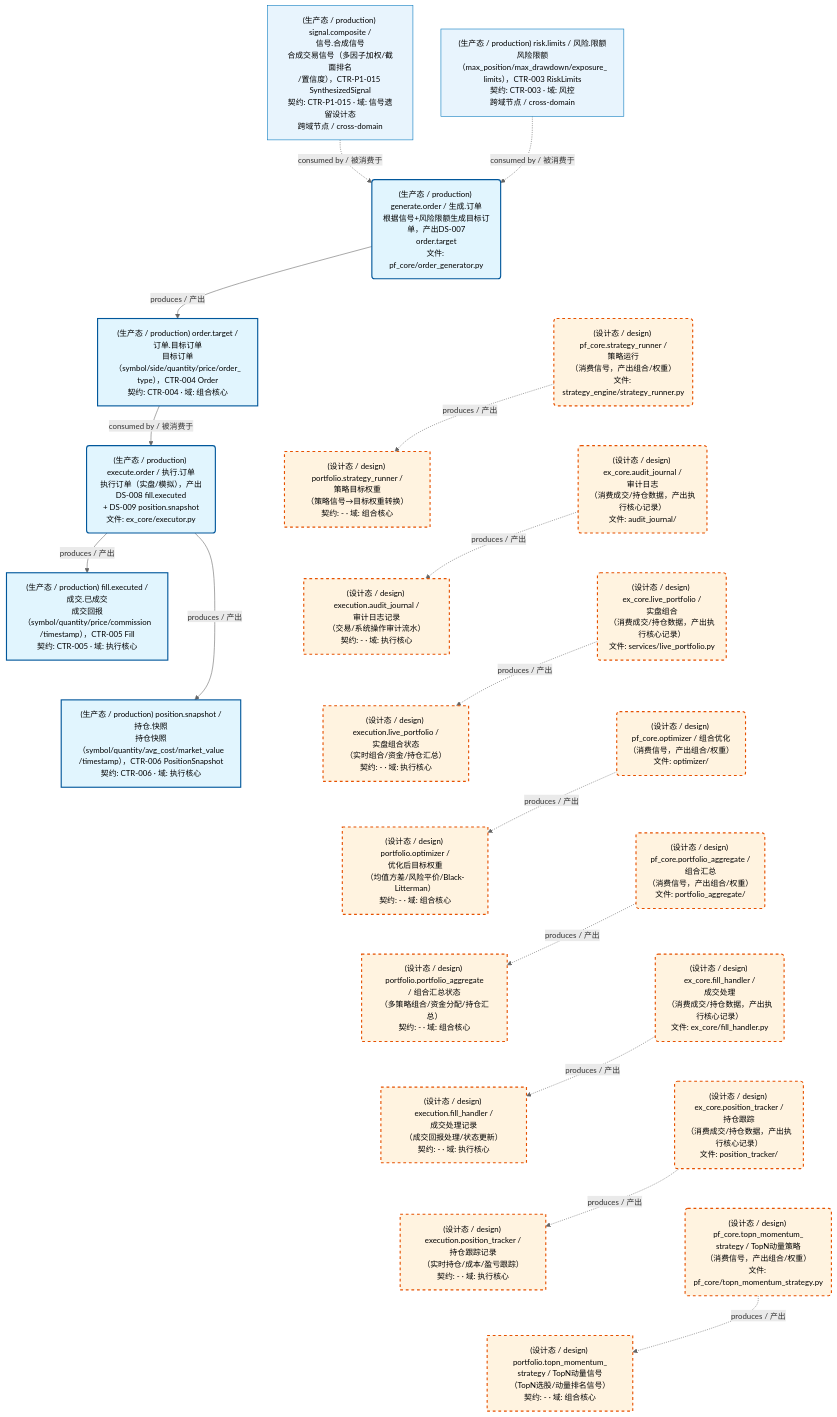
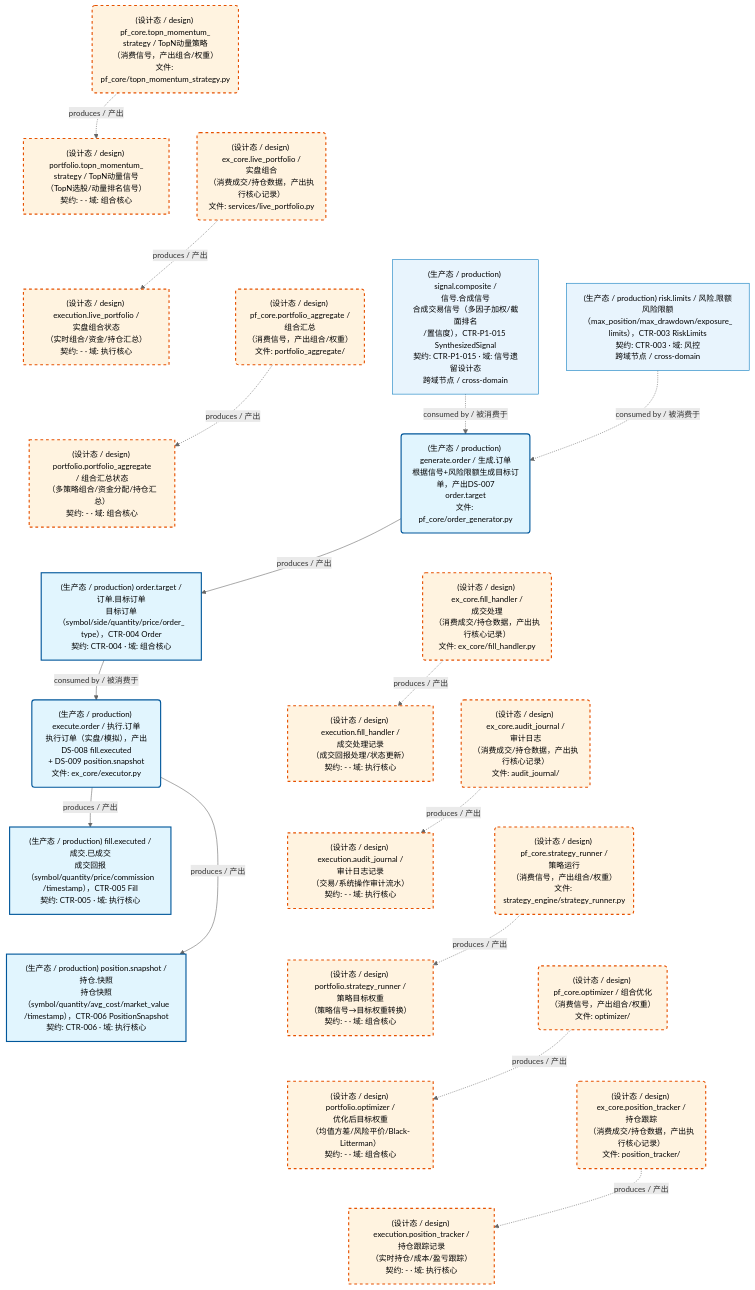
One commit to xuanFelixVan/ZephyrAlpha changed the first of 3 diagrams in docs/02_enterprise_architecture/05_dataflow_architecture/d_ex_pf_core.md. Above: the diagram before and after it, drawn with Mermaid. The commit also changed other lines of this file and 190 other files, not shown here.

````diff
--- a/docs/02_enterprise_architecture/05_dataflow_architecture/d_ex_pf_core.md
+++ b/docs/02_enterprise_architecture/05_dataflow_architecture/d_ex_pf_core.md
@@ -50,65 +50,65 @@
 ```mermaid
 %%{init: {'theme': 'base', 'themeVariables': {'primaryColor': '#eaeaea', 'primaryTextColor': '#333333', 'primaryBorderColor': '#666666', 'lineColor': '#666666', 'secondaryColor': '#eaeaea', 'tertiaryColor': '#eaeaea', 'clusterBkg': 'transparent', 'clusterBorder': 'transparent', 'fontSize': '14px'}}}%%
 flowchart TD
     DS11263["(设计态 / design) execution.audit_journal /<br/>审计日志记录<br/>（交易/系统操作审计流水）<br/>契约: - · 域: 执行核心"]
     DS11264["(设计态 / design) execution.fill_handler /<br/>成交处理记录<br/>（成交回报处理/状态更新）<br/>契约: - · 域: 执行核心"]
     DS11266["(设计态 / design) execution.live_portfolio /<br/>实盘组合状态<br/>（实时组合/资金/持仓汇总）<br/>契约: - · 域: 执行核心"]
     DS11265["(设计态 / design) execution.position_tracker /<br/>持仓跟踪记录<br/>（实时持仓/成本/盈亏跟踪）<br/>契约: - · 域: 执行核心"]
-    DS26330["(生产态 / production) fill.executed /<br/>成交.已成交<br/>成交回报（symbol/quantity/price/commission<br/>/timestamp），CTR-005 Fill<br/>契约: CTR-005 · 域: 执行核心"]
-    DS26329["(生产态 / production) order.target /<br/>订单.目标订单<br/>目标订单（symbol/side/quantity/price/order_<br/>type），CTR-004 Order<br/>契约: CTR-004 · 域: 组合核心"]
+    DS26862["(生产态 / production) fill.executed /<br/>成交.已成交<br/>成交回报（symbol/quantity/price/commission<br/>/timestamp），CTR-005 Fill<br/>契约: CTR-005 · 域: 执行核心"]
+    DS26861["(生产态 / production) order.target /<br/>订单.目标订单<br/>目标订单（symbol/side/quantity/price/order_<br/>type），CTR-004 Order<br/>契约: CTR-004 · 域: 组合核心"]
     DS11267["(设计态 / design) portfolio.optimizer /<br/>优化后目标权重<br/>（均值方差/风险平价/Black-Litterman）<br/>契约: - · 域: 组合核心"]
     DS11268["(设计态 / design) portfolio.portfolio_aggregate<br/>/ 组合汇总状态<br/>（多策略组合/资金分配/持仓汇总）<br/>契约: - · 域: 组合核心"]
     DS11269["(设计态 / design) portfolio.strategy_runner /<br/>策略目标权重<br/>（策略信号→目标权重转换）<br/>契约: - · 域: 组合核心"]
     DS11270["(设计态 / design) portfolio.topn_momentum_<br/>strategy / TopN动量信号<br/>（TopN选股/动量排名信号）<br/>契约: - · 域: 组合核心"]
-    DS26331["(生产态 / production) position.snapshot /<br/>持仓.快照<br/>持仓快照（symbol/quantity/avg_cost/market_value<br/>/timestamp），CTR-006 PositionSnapshot<br/>契约: CTR-006 · 域: 执行核心"]
+    DS26863["(生产态 / production) position.snapshot /<br/>持仓.快照<br/>持仓快照（symbol/quantity/avg_cost/market_value<br/>/timestamp），CTR-006 PositionSnapshot<br/>契约: CTR-006 · 域: 执行核心"]
     JOB757627("(设计态 / design) ex_core.audit_journal /<br/>审计日志<br/>（消费成交/持仓数据，产出执行核心记录）<br/>文件: audit_journal/")
     JOB757628("(设计态 / design) ex_core.fill_handler /<br/>成交处理<br/>（消费成交/持仓数据，产出执行核心记录）<br/>文件: ex_core/fill_handler.py")
     JOB757630("(设计态 / design) ex_core.live_portfolio /<br/>实盘组合<br/>（消费成交/持仓数据，产出执行核心记录）<br/>文件: services/live_portfolio.py")
     JOB757629("(设计态 / design) ex_core.position_tracker /<br/>持仓跟踪<br/>（消费成交/持仓数据，产出执行核心记录）<br/>文件: position_tracker/")
-    JOB1064882("(生产态 / production) execute.order / 执行.订单<br/>执行订单（实盘/模拟），产出DS-008 fill.executed<br/>+ DS-009 position.snapshot<br/>文件: ex_core/executor.py")
-    JOB1064881("(生产态 / production) generate.order / 生成.订单<br/>根据信号+风险限额生成目标订单，产出DS-007<br/>order.target<br/>文件: pf_core/order_generator.py")
+    JOB1071728("(生产态 / production) execute.order / 执行.订单<br/>执行订单（实盘/模拟），产出DS-008 fill.executed<br/>+ DS-009 position.snapshot<br/>文件: ex_core/executor.py")
+    JOB1071727("(生产态 / production) generate.order / 生成.订单<br/>根据信号+风险限额生成目标订单，产出DS-007<br/>order.target<br/>文件: pf_core/order_generator.py")
     JOB757631("(设计态 / design) pf_core.optimizer / 组合优化<br/>（消费信号，产出组合/权重）<br/>文件: optimizer/")
     JOB757632("(设计态 / design) pf_core.portfolio_aggregate /<br/>组合汇总<br/>（消费信号，产出组合/权重）<br/>文件: portfolio_aggregate/")
     JOB757633("(设计态 / design) pf_core.strategy_runner /<br/>策略运行<br/>（消费信号，产出组合/权重）<br/>文件: strategy_engine/strategy_runner.py")
     JOB757634("(设计态 / design) pf_core.topn_momentum_<br/>strategy / TopN动量策略<br/>（消费信号，产出组合/权重）<br/>文件: pf_core/topn_momentum_strategy.py")
-    DS26327["(生产态 / production) signal.composite /<br/>信号.合成信号<br/>合成交易信号（多因子加权/截面排名<br/>/置信度），CTR-P1-015 SynthesizedSignal<br/>契约: CTR-P1-015 · 域: 信号遗留设计态<br/>跨域节点 / cross-domain"]
-    DS26328["(生产态 / production) risk.limits / 风险.限额<br/>风险限额（max_position/max_drawdown/exposure_<br/>limits），CTR-003 RiskLimits<br/>契约: CTR-003 · 域: 风控<br/>跨域节点 / cross-domain"]
+    DS26859["(生产态 / production) signal.composite /<br/>信号.合成信号<br/>合成交易信号（多因子加权/截面排名<br/>/置信度），CTR-P1-015 SynthesizedSignal<br/>契约: CTR-P1-015 · 域: 信号遗留设计态<br/>跨域节点 / cross-domain"]
+    DS26860["(生产态 / production) risk.limits / 风险.限额<br/>风险限额（max_position/max_drawdown/exposure_<br/>limits），CTR-003 RiskLimits<br/>契约: CTR-003 · 域: 风控<br/>跨域节点 / cross-domain"]
+    JOB1071727 -->|produces / 产出| DS26861
+    JOB1071728 -->|produces / 产出| DS26862
+    JOB1071728 -->|produces / 产出| DS26863
     JOB757627 -.->|produces / 产出| DS11263
     JOB757628 -.->|produces / 产出| DS11264
     JOB757629 -.->|produces / 产出| DS11265
     JOB757630 -.->|produces / 产出| DS11266
     JOB757631 -.->|produces / 产出| DS11267
     JOB757632 -.->|produces / 产出| DS11268
     JOB757633 -.->|produces / 产出| DS11269
     JOB757634 -.->|produces / 产出| DS11270
-    JOB1064881 -->|produces / 产出| DS26329
-    JOB1064882 -->|produces / 产出| DS26330
-    JOB1064882 -->|produces / 产出| DS26331
-    DS26327 -.->|consumed by / 被消费于| JOB1064881
-    DS26328 -.->|consumed by / 被消费于| JOB1064881
-    DS26329 -->|consumed by / 被消费于| JOB1064882
-    JOB1064881 ~~~ JOB757633
-    JOB757633 ~~~ JOB757627
-    JOB757627 ~~~ JOB757630
-    JOB757630 ~~~ JOB757631
-    JOB757631 ~~~ JOB757632
-    JOB757632 ~~~ JOB757628
-    JOB757628 ~~~ JOB757629
-    JOB757629 ~~~ JOB757634
-    DS26329 ~~~ DS11269
-    DS11269 ~~~ DS11263
-    DS11263 ~~~ DS11266
-    DS11266 ~~~ DS11267
-    DS11267 ~~~ DS11268
-    DS11268 ~~~ DS11264
-    DS11264 ~~~ DS11265
-    DS11265 ~~~ DS11270
-    DS26330 ~~~ DS26331
+    DS26859 -.->|consumed by / 被消费于| JOB1071727
+    DS26860 -.->|consumed by / 被消费于| JOB1071727
+    DS26861 -->|consumed by / 被消费于| JOB1071728
+    JOB757634 ~~~ JOB757630
+    JOB757630 ~~~ JOB757632
+    JOB757632 ~~~ JOB1071727
+    JOB1071727 ~~~ JOB757628
+    JOB757628 ~~~ JOB757627
+    JOB757627 ~~~ JOB757633
+    JOB757633 ~~~ JOB757631
+    JOB757631 ~~~ JOB757629
+    DS11270 ~~~ DS11266
+    DS11266 ~~~ DS11268
+    DS11268 ~~~ DS26861
+    DS26861 ~~~ DS11264
+    DS11264 ~~~ DS11263
+    DS11263 ~~~ DS11269
+    DS11269 ~~~ DS11267
+    DS11267 ~~~ DS11265
+    DS26862 ~~~ DS26863
     classDef production fill:#e1f5fe,stroke:#01579b,stroke-width:2px,color:#000
     classDef design fill:#fff3e0,stroke:#e65100,stroke-width:2px,color:#000,stroke-dasharray: 5 5
     classDef external_prod fill:#e8f4fd,stroke:#0277bd,stroke-width:1px,color:#000
     classDef external_design fill:#fff8e7,stroke:#ef6c00,stroke-width:1px,color:#000,stroke-dasharray: 5 5
-    class DS26330,DS26329,DS26331,JOB1064882,JOB1064881 production
+    class DS26862,DS26861,DS26863,JOB1071728,JOB1071727 production
     class DS11263,DS11264,DS11266,DS11265,DS11267,DS11268,DS11269,DS11270,JOB757627,JOB757628,JOB757630,JOB757629,JOB757631,JOB757632,JOB757633,JOB757634 design
-    class DS26327,DS26328 external_prod
+    class DS26859,DS26860 external_prod
 ```
````
